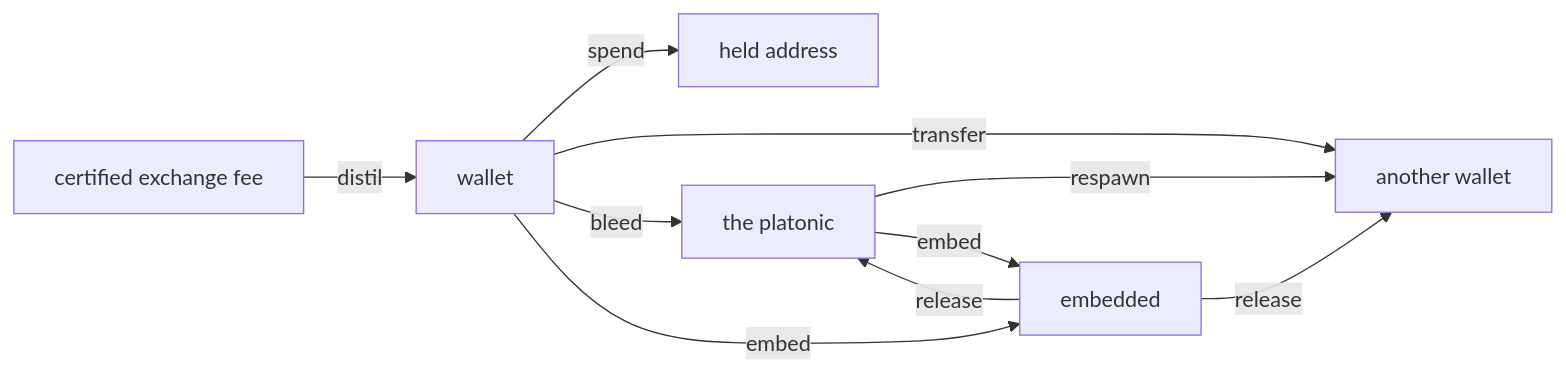
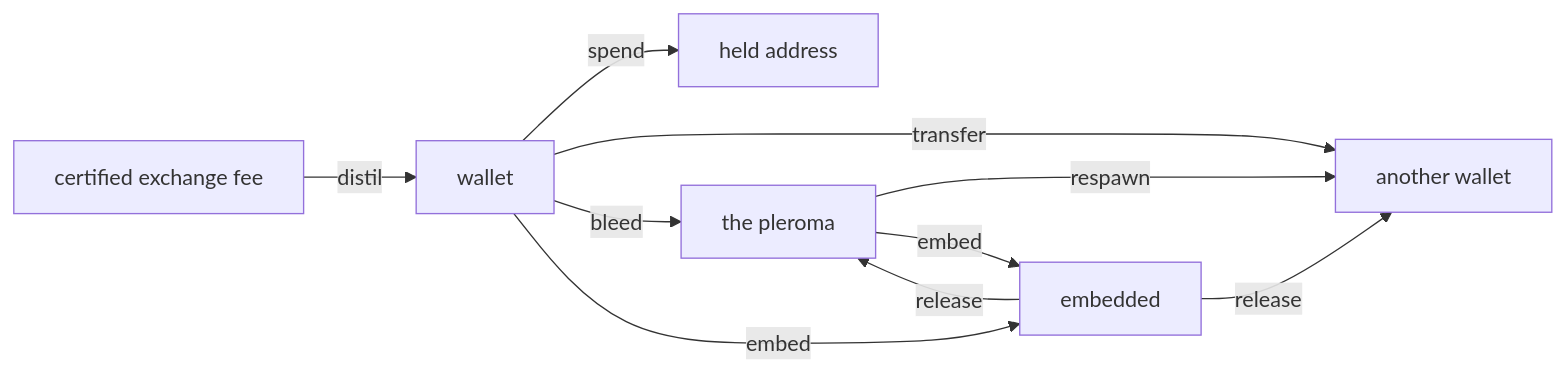
Before and after one commit to Acervator-LLC/ACERVATOR: the first of 3 diagrams in docs/manual/08-tabs/proof-of-accumulation.md, drawn with Mermaid. The commit also changed other lines of this file and 10 other files, not shown here.

````diff
--- a/docs/manual/08-tabs/proof-of-accumulation.md
+++ b/docs/manual/08-tabs/proof-of-accumulation.md
@@ -252,12 +252,12 @@
 ```mermaid
 flowchart LR
     FEE[certified exchange fee] -->|distil| WALLET[wallet]
     WALLET -->|spend| HELD[held address]
     WALLET -->|transfer| OTHER[another wallet]
-    WALLET -->|bleed| PLATONIC[the platonic]
-    PLATONIC -->|respawn| OTHER
-    PLATONIC -->|embed| EMBEDDED[embedded]
+    WALLET -->|bleed| PLEROMA[the pleroma]
+    PLEROMA -->|respawn| OTHER
+    PLEROMA -->|embed| EMBEDDED[embedded]
     WALLET -->|embed| EMBEDDED
     EMBEDDED -->|release| OTHER
-    EMBEDDED -->|release| PLATONIC
+    EMBEDDED -->|release| PLEROMA
 ```
````
